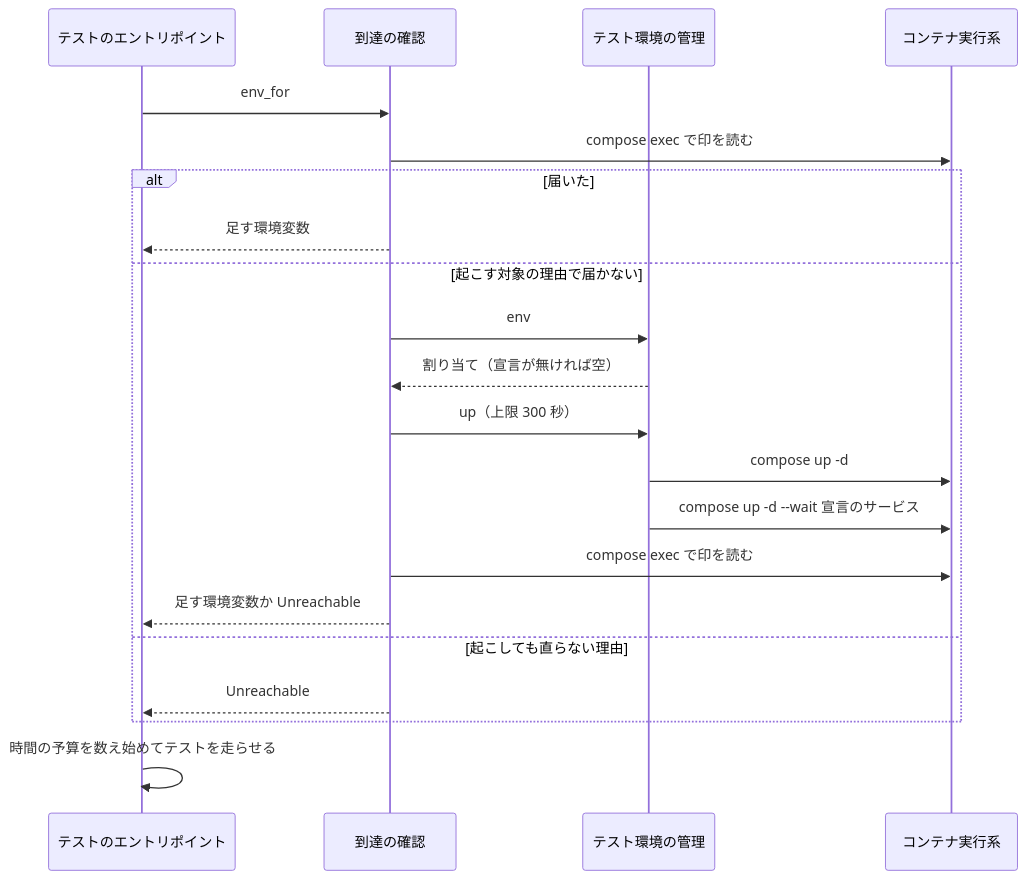
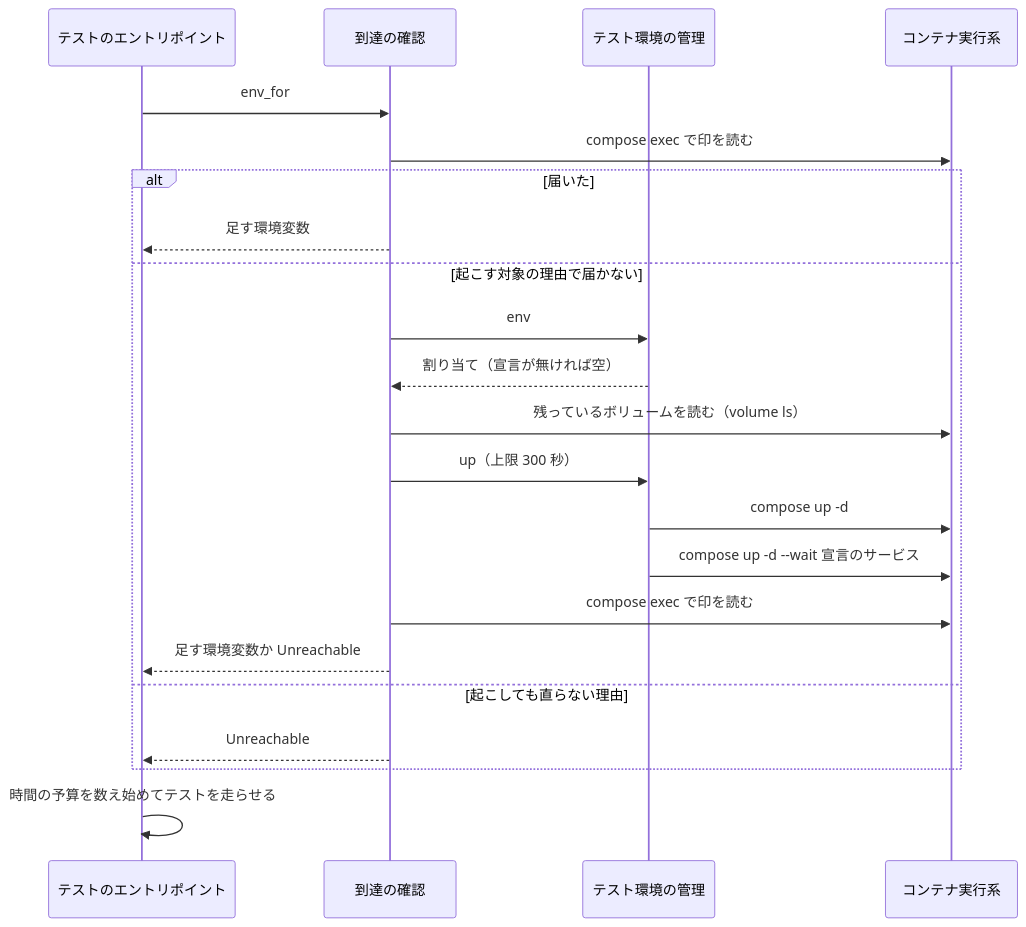
One commit to devbasex/ai-plugins changed the fifth of 6 diagrams in issues/issue-2567-design.md. Above: the diagram before and after it, drawn with Mermaid. The commit also changed other lines of this file, not shown here.

````diff
--- a/issues/issue-2567-design.md
+++ b/issues/issue-2567-design.md
@@ -356,23 +379,24 @@
 ```mermaid
 sequenceDiagram
     participant T as テストのエントリポイント
     participant A as 到達の確認
     participant E as テスト環境の管理
     participant D as コンテナ実行系
     T->>A: env_for
     A->>D: compose exec で印を読む
     alt 届いた
         A-->>T: 足す環境変数
     else 起こす対象の理由で届かない
         A->>E: env
         E-->>A: 割り当て（宣言が無ければ空）
+        A->>D: 残っているボリュームを読む（volume ls）
         A->>E: up（上限 300 秒）
         E->>D: compose up -d
         E->>D: compose up -d --wait 宣言のサービス
         A->>D: compose exec で印を読む
         A-->>T: 足す環境変数か Unreachable
     else 起こしても直らない理由
         A-->>T: Unreachable
     end
     T->>T: 時間の予算を数え始めてテストを走らせる
 ```
````
